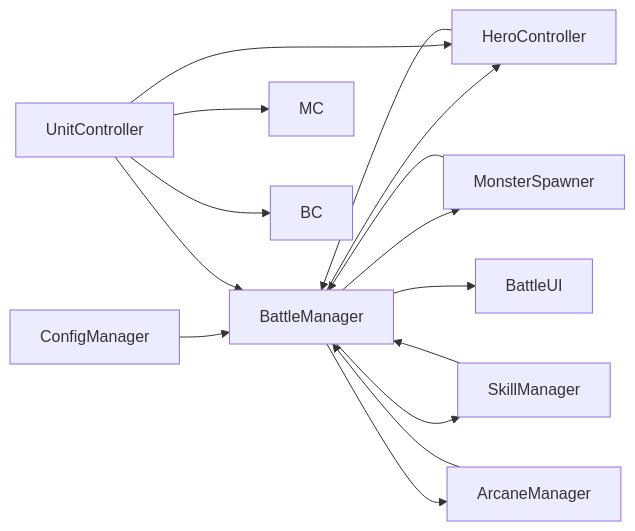
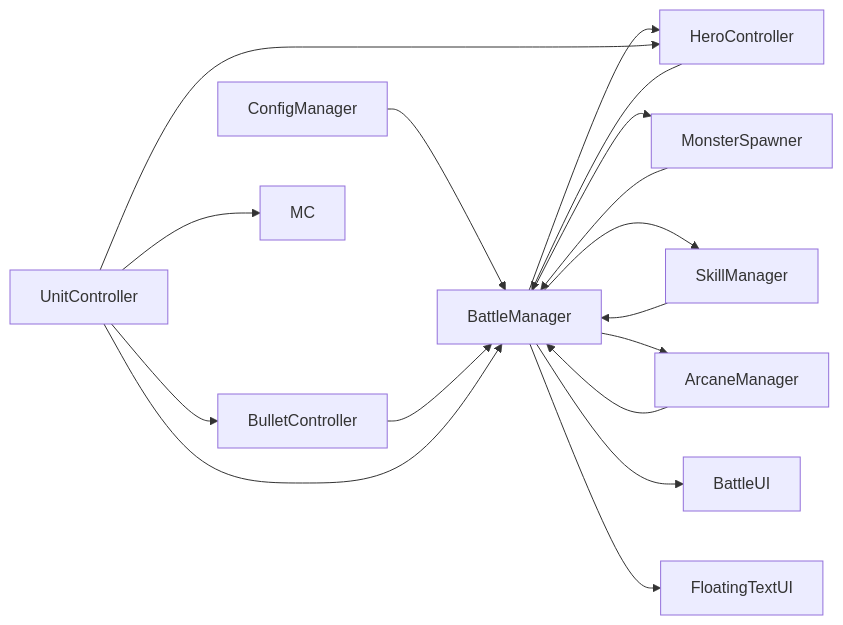
One commit to Tuusen/p1_client changed the sixth of 6 diagrams in .qoder/repowiki/zh/content/战斗系统/战斗管理器.md. Above: the diagram before and after it, drawn with Mermaid. The commit also changed other lines of this file and 9 other files, not shown here.

````diff
--- a/.qoder/repowiki/zh/content/战斗系统/战斗管理器.md
+++ b/.qoder/repowiki/zh/content/战斗系统/战斗管理器.md
@@ -459,17 +498,19 @@
 ```mermaid
 graph LR
 CM["ConfigManager"] --> BM["BattleManager"]
 BM --> HC["HeroController"]
 BM --> MS["MonsterSpawner"]
 BM --> SM["SkillManager"]
 BM --> AM["ArcaneManager"]
 BM --> UI["BattleUI"]
+BM --> FT["FloatingTextUI"]
 HC --> BM
 MS --> BM
 SM --> BM
 AM --> BM
+BC["BulletController"] --> BM
 UC["UnitController"] --> BM
 UC --> HC
 UC --> MC
 UC --> BC
 ```
````
